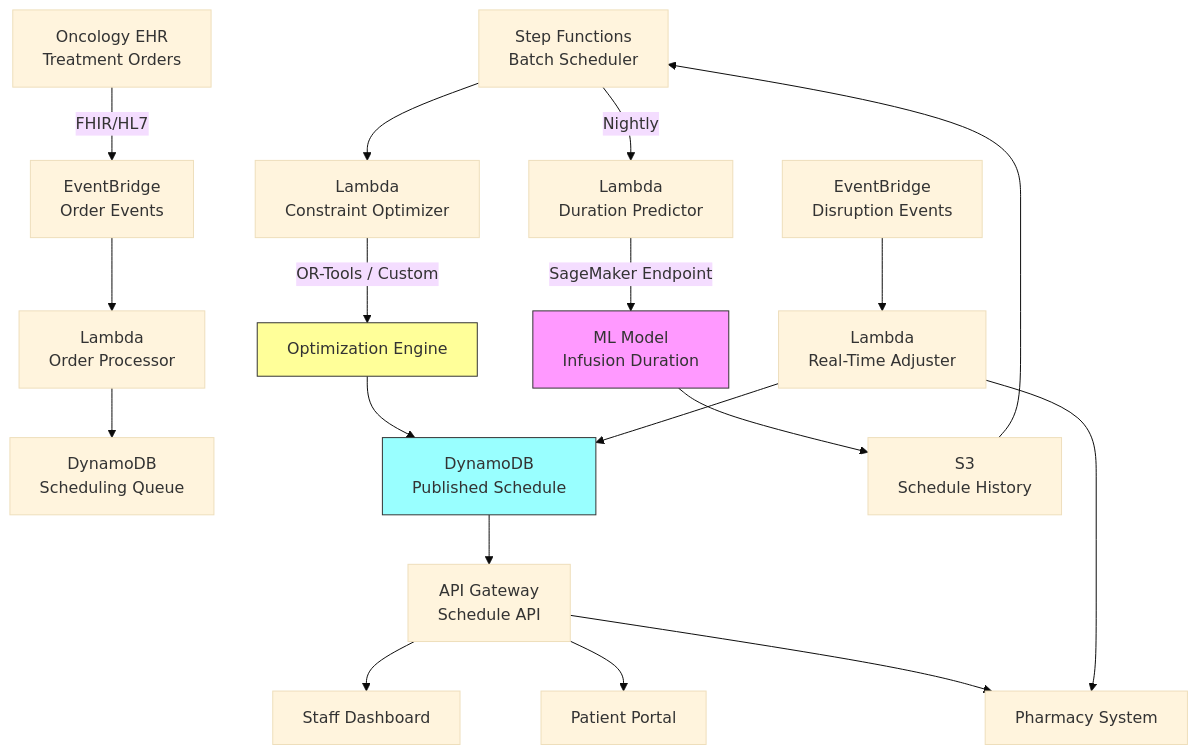
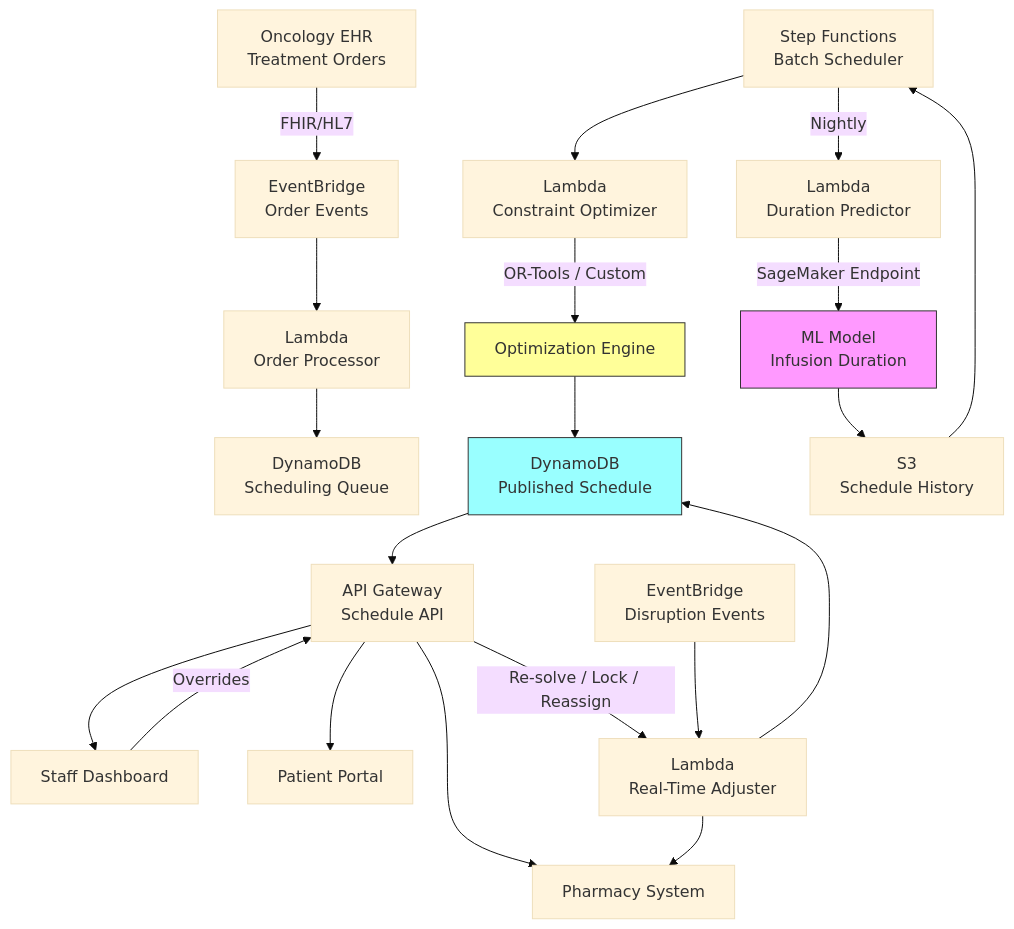
One commit to ccrngd1/HCLS-ai-book changed the diagram in chapter14.09-architecture.md. Above: the diagram before and after it, drawn with Mermaid (base theme). The commit also changed other lines of this file and 2 other files, not shown here.

````diff
--- a/chapter14.09-architecture.md
+++ b/chapter14.09-architecture.md
@@ -29,28 +29,31 @@
 ```mermaid
 flowchart TD
     A[Oncology EHR\nTreatment Orders] -->|FHIR/HL7| B[EventBridge\nOrder Events]
     B --> C[Lambda\nOrder Processor]
     C --> D[DynamoDB\nScheduling Queue]
     
     E[Step Functions\nBatch Scheduler] -->|Nightly| F[Lambda\nDuration Predictor]
     F -->|SageMaker Endpoint| G[ML Model\nInfusion Duration]
     E --> H[Lambda\nConstraint Optimizer]
     H -->|OR-Tools / Custom| I[Optimization Engine]
     I --> J[DynamoDB\nPublished Schedule]
     
     J --> K[API Gateway\nSchedule API]
     K --> L[Staff Dashboard]
     K --> M[Patient Portal]
     K --> N[Pharmacy System]
     
-    O[EventBridge\nDisruption Events] --> P[Lambda\nReal-Time Adjuster]
+    L -->|Overrides| K
+    K -->|Re-solve / Lock / Reassign| P[Lambda\nReal-Time Adjuster]
+    
+    O[EventBridge\nDisruption Events] --> P
     P --> J
     P --> N
     
     Q[S3\nSchedule History] --> E
     G --> Q
 
     style I fill:#ff9,stroke:#333
     style J fill:#9ff,stroke:#333
     style G fill:#f9f,stroke:#333
 ```
````
